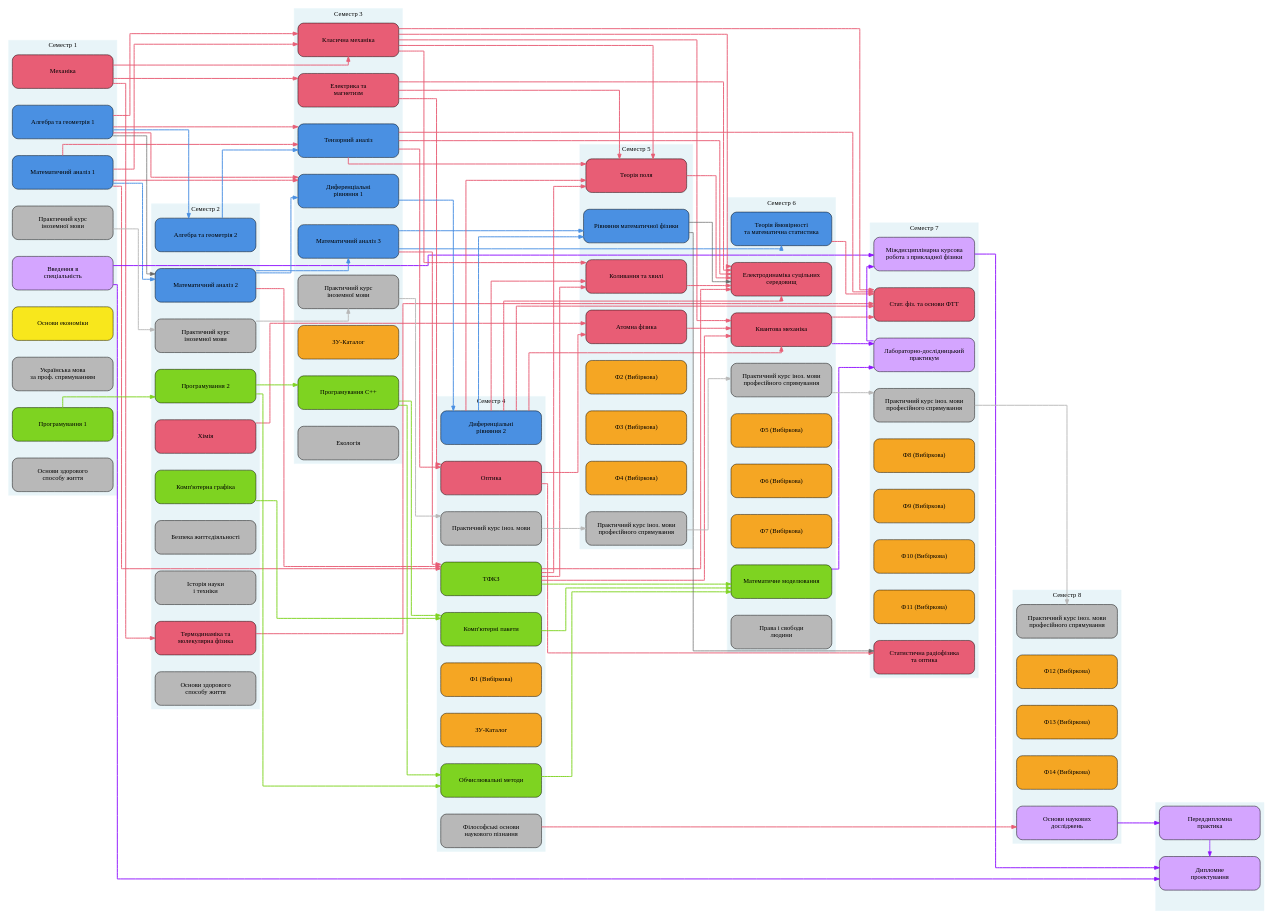
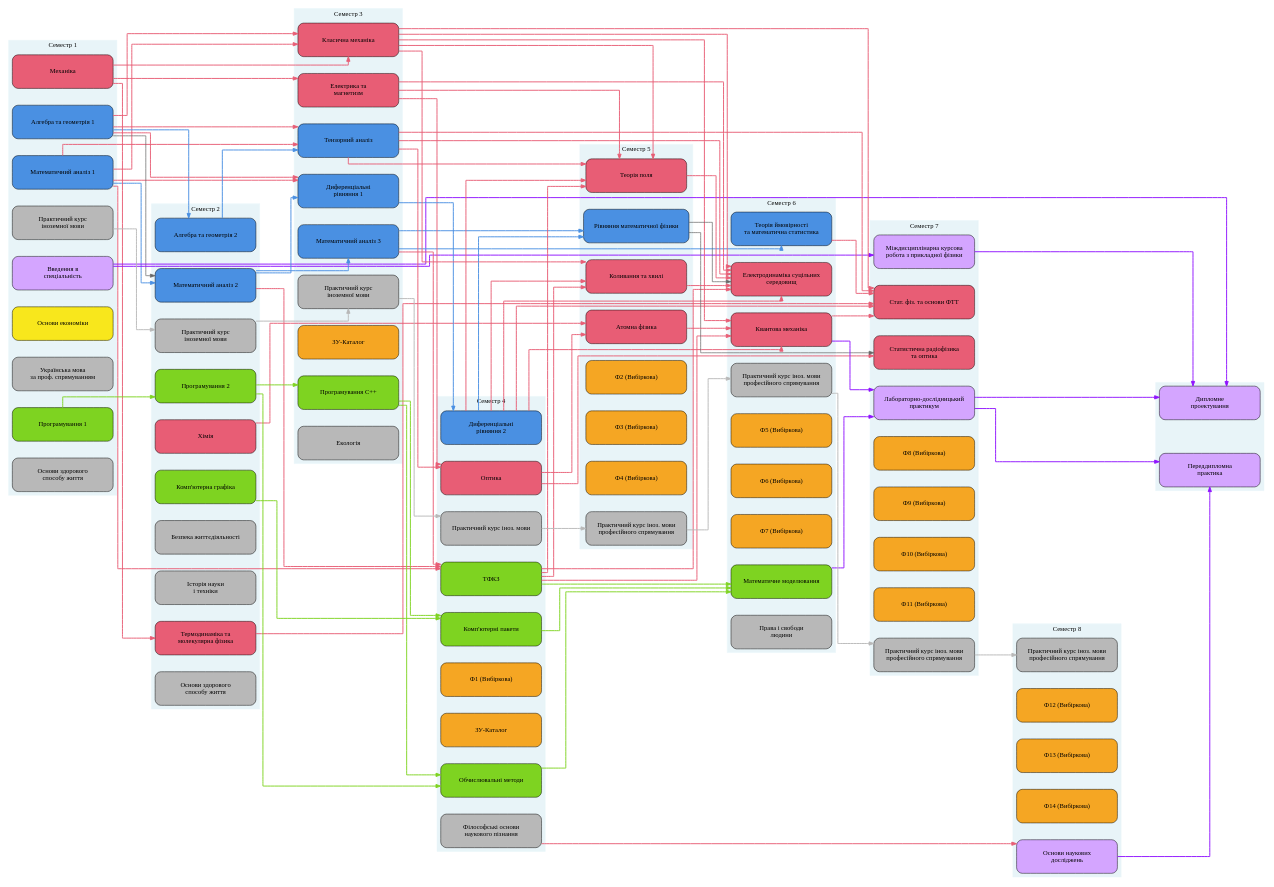
One commit to sergiokapone/matrix3 changed the diagram in Scheme/diagramm_bak_2024.gv. Above: the diagram before and after it, drawn with Graphviz. The commit also changed 5 other files, not shown here.

```diff
--- a/Scheme/diagramm_bak_2024.gv
+++ b/Scheme/diagramm_bak_2024.gv
@@ -248,11 +248,12 @@
 
 S6_MathModel -> S7_Lab        [color="#9013FE", penwidth=2];
 S6_QMech    -> S7_Lab         [color="#9013FE", penwidth=2];
-S7_Lab      -> S7_Course      [color="#9013FE", penwidth=2];
+S7_Lab      -> S8_Practice    [color="#9013FE", penwidth=2];
+S7_Lab      -> S8_Diploma      [color="#9013FE", penwidth=2];
 S7_Course   -> S8_Diploma     [color="#9013FE", penwidth=2];
 
 S8_Research -> S8_Practice    [color="#9013FE", penwidth=2];
-S8_Practice -> S8_Diploma     [color="#9013FE", weight=1000, constraint="true"];
+// S8_Practice -> S8_Diploma     [color="#9013FE", weight=1000, constraint="true"];
 
 S4_Philos   -> S8_Research    [color="#E85D75", penwidth=2];
 
```
